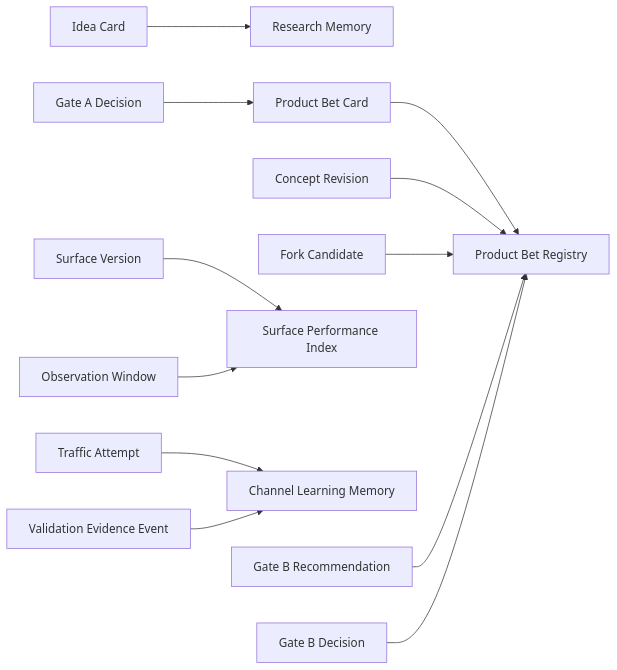
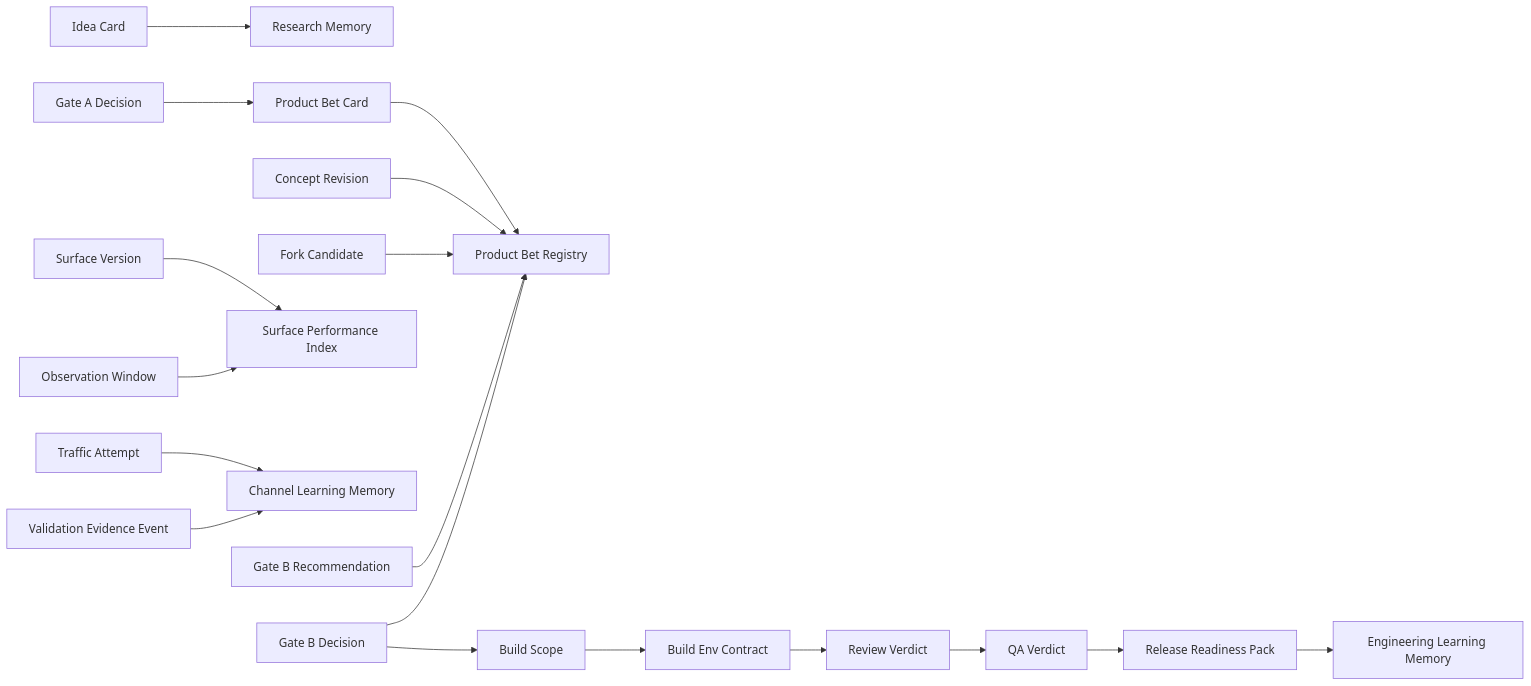
Before and after one commit to Vladick-Pick/Nohum-studio: the fifth of 5 diagrams in docs/ontology/nohum-operating-ontology.md, drawn with Mermaid. The commit also changed other lines of this file and 43 other files, not shown here.

````diff
--- a/docs/ontology/nohum-operating-ontology.md
+++ b/docs/ontology/nohum-operating-ontology.md
@@ -502,14 +595,20 @@
 ```mermaid
 flowchart LR
   IC["Idea Card"] --> RM["Research Memory"]
   GDP["Gate A Decision"] --> PBC["Product Bet Card"]
   PBC --> PBR["Product Bet Registry"]
   CR["Concept Revision"] --> PBR
   FC["Fork Candidate"] --> PBR
   SV["Surface Version"] --> SPI["Surface Performance Index"]
   TA["Traffic Attempt"] --> CLM["Channel Learning Memory"]
   OW["Observation Window"] --> SPI
   VEE["Validation Evidence Event"] --> CLM
   GBR["Gate B Recommendation"] --> PBR
   GBD["Gate B Decision"] --> PBR
+  GBD --> BS["Build Scope"]
+  BS --> BEC["Build Env Contract"]
+  BEC --> RV["Review Verdict"]
+  RV --> QV["QA Verdict"]
+  QV --> RRP["Release Readiness Pack"]
+  RRP --> EM["Engineering Learning Memory"]
 ```
````
